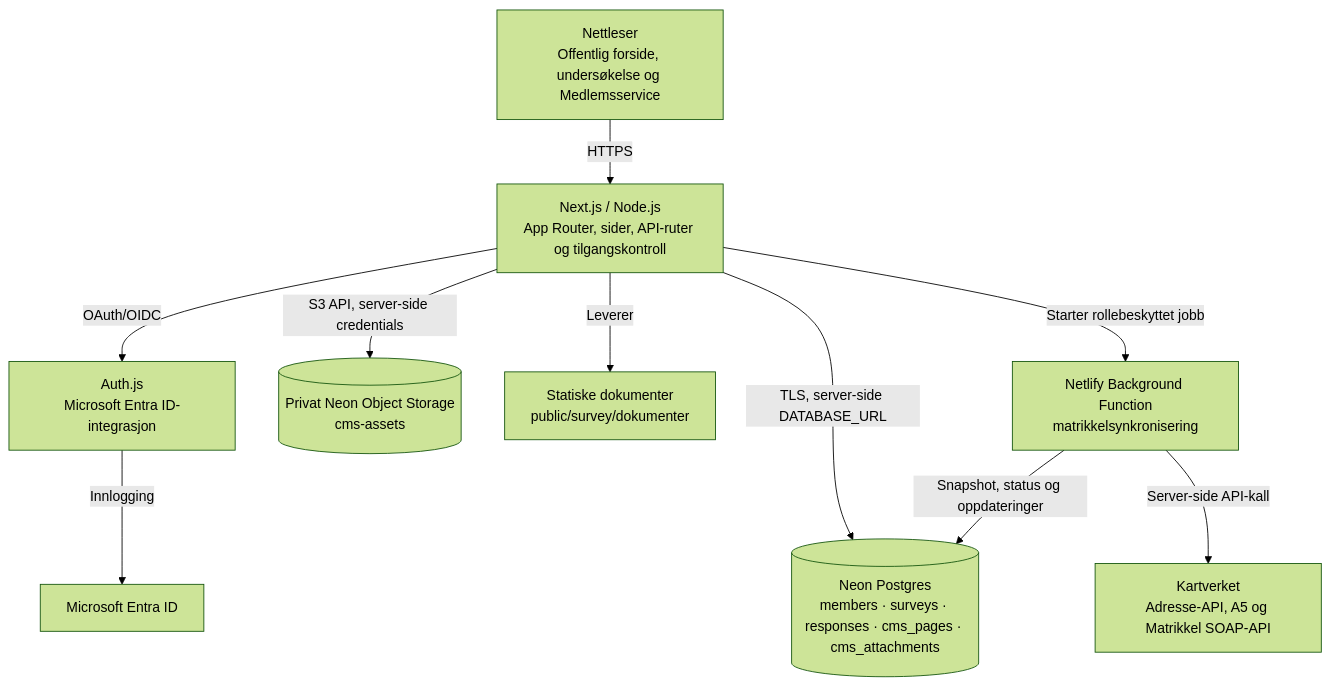
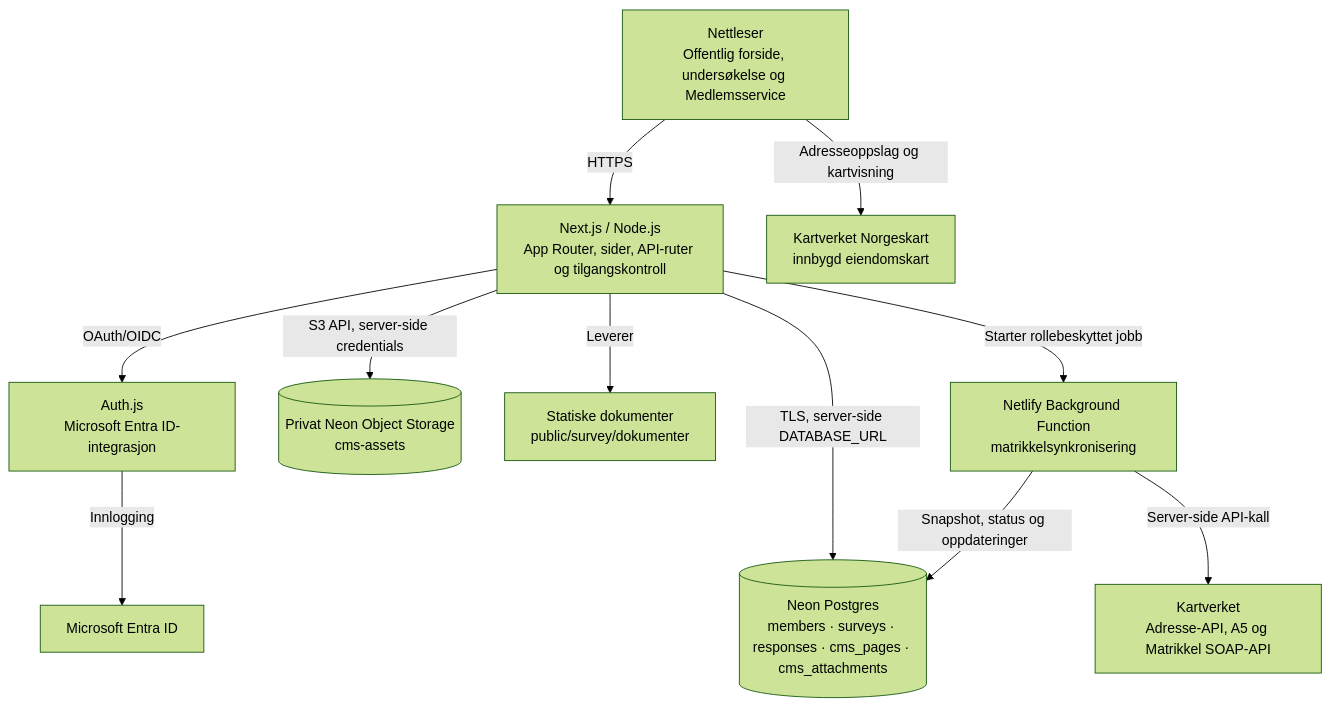
Before and after one commit to ibjohansen/tfv-poll: the second of 5 diagrams in README.md, drawn with Mermaid (forest theme). The commit also changed other lines of this file and 7 other files, not shown here.

````diff
--- a/README.md
+++ b/README.md
@@ -72,21 +72,23 @@
 ```mermaid
 flowchart TB
   browser["Nettleser\nOffentlig forside, undersøkelse og Medlemsservice"]
   next["Next.js / Node.js\nApp Router, sider, API-ruter og tilgangskontroll"]
   auth["Auth.js\nMicrosoft Entra ID-integrasjon"]
   db[("Neon Postgres\nmembers · surveys · responses · cms_pages · cms_attachments")]
   storage[("Privat Neon Object Storage\ncms-assets")]
   files["Statiske dokumenter\npublic/survey/dokumenter"]
   matrikkel["Kartverket\nAdresse-API, A5 og Matrikkel SOAP-API"]
+  norgeskart["Kartverket Norgeskart\ninnbygd eiendomskart"]
   worker["Netlify Background Function\nmatrikkelsynkronisering"]
 
   browser -->|"HTTPS"| next
   next -->|"OAuth/OIDC"| auth
   auth -->|"Innlogging"| entra["Microsoft Entra ID"]
   next -->|"TLS, server-side DATABASE_URL"| db
   next -->|"S3 API, server-side credentials"| storage
   next -->|"Leverer"| files
   next -->|"Starter rollebeskyttet jobb"| worker
   worker -->|"Server-side API-kall"| matrikkel
+  browser -->|"Adresseoppslag og kartvisning"| norgeskart
   worker -->|"Snapshot, status og oppdateringer"| db
 ```
````
